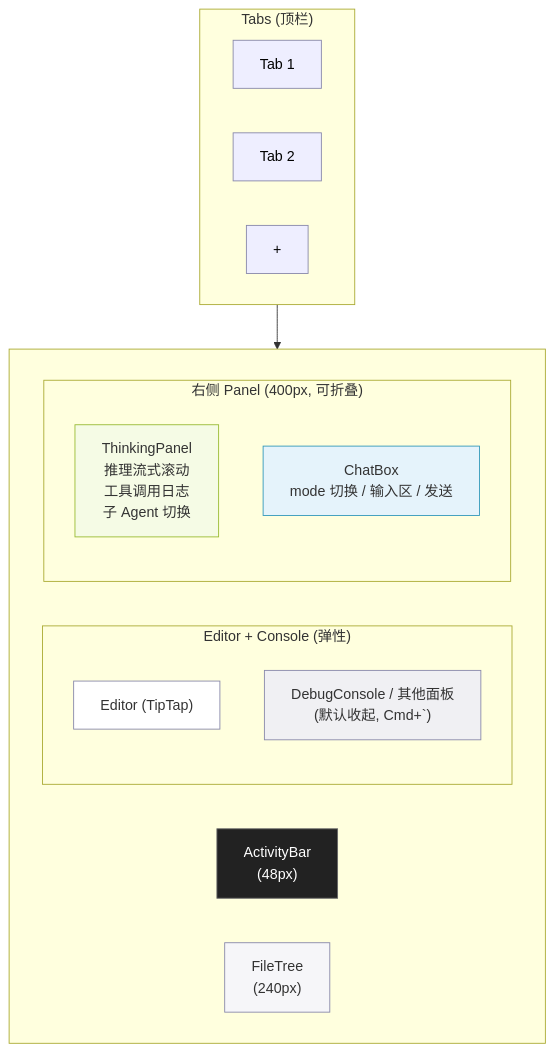
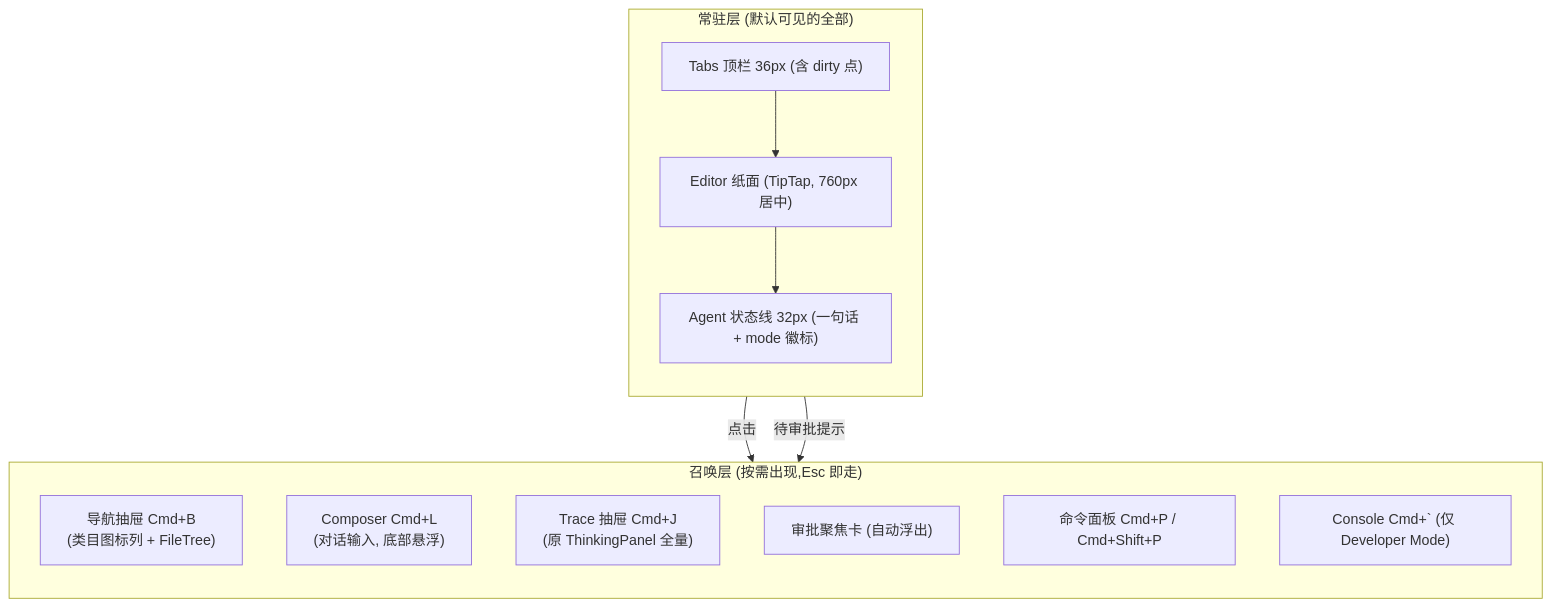
Before and after one commit to jinhuang712/open-novel: the first of 3 diagrams in plan/07-ui-layout.md, drawn with Mermaid. The commit also changed other lines of this file and 7 other files, not shown here.

````diff
--- a/plan/07-ui-layout.md
+++ b/plan/07-ui-layout.md
@@ -11,32 +17,21 @@
 ```mermaid
 flowchart TB
-  subgraph TOP["Tabs (顶栏)"]
-    direction LR
-    T1[Tab 1]:::tab
-    T2[Tab 2]:::tab
-    T3[+]:::tab
+  subgraph ALWAYS["常驻层 (默认可见的全部)"]
+    direction TB
+    TABS["Tabs 顶栏 36px (含 dirty 点)"]
+    ED["Editor 纸面 (TipTap, 760px 居中)"]
+    SL["Agent 状态线 32px (一句话 + mode 徽标)"]
+    TABS --> ED --> SL
   end
-  subgraph BODY[ ]
-    direction LR
-    AB["ActivityBar<br/>(48px)"]:::ab
-    FT["FileTree<br/>(240px)"]:::ft
-    subgraph MID["Editor + Console (弹性)"]
-      direction TB
-      ED["Editor (TipTap)"]:::ed
-      DC["DebugConsole / 其他面板<br/>(默认收起, Cmd+`)"]:::dc
-    end
-    subgraph RIGHT["右侧 Panel (400px, 可折叠)"]
-      direction TB
-      TP["ThinkingPanel<br/>推理流式滚动<br/>工具调用日志<br/>子 Agent 切换"]:::tp
-      CB["ChatBox<br/>mode 切换 / 输入区 / 发送"]:::cb
-    end
+  subgraph SUMMON["召唤层 (按需出现,Esc 即走)"]
+    direction TB
+    NAV["导航抽屉 Cmd+B<br/>(类目图标列 + FileTree)"]
+    CMP["Composer Cmd+L<br/>(对话输入, 底部悬浮)"]
+    TRC["Trace 抽屉 Cmd+J<br/>(原 ThinkingPanel 全量)"]
+    APP["审批聚焦卡 (自动浮出)"]
+    PAL["命令面板 Cmd+P / Cmd+Shift+P"]
+    CON["Console Cmd+` (仅 Developer Mode)"]
   end
-  TOP --> BODY
-  classDef tab fill:#eef,stroke:#88a,color:#000
-  classDef ab fill:#222,stroke:#666,color:#fff
-  classDef ft fill:#f6f6f9,stroke:#88a
-  classDef ed fill:#fff,stroke:#88a
-  classDef dc fill:#f0f0f3,stroke:#88a
-  classDef tp fill:#f5fbe5,stroke:#9b3
-  classDef cb fill:#e5f3fb,stroke:#39b
+  SL -- 点击 --> TRC
+  SL -- 待审批提示 --> APP
 ```
````
